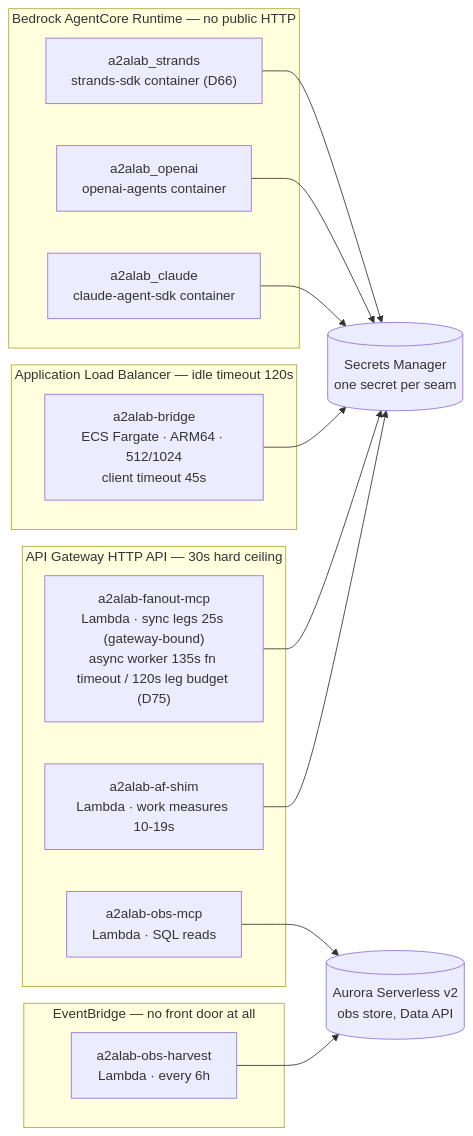
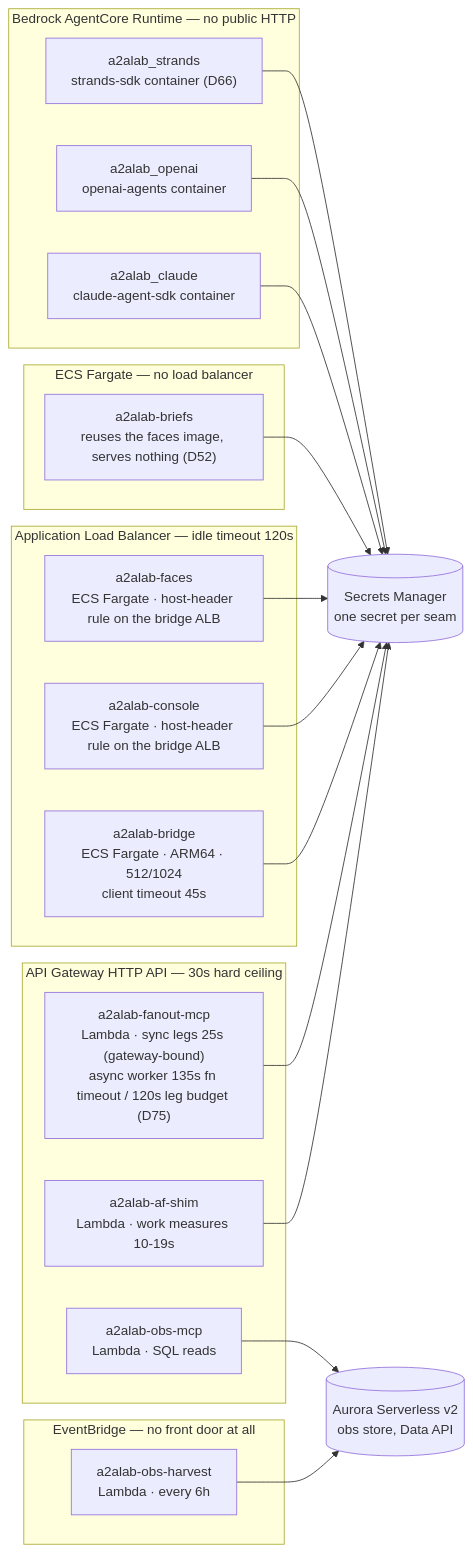
Before and after one commit to congmingwudi/a2a-lab: the third of 11 diagrams in plan/09-deployment-map.md, drawn with Mermaid. The commit also changed other lines of this file and 2 other files, not shown here.

````diff
--- a/plan/09-deployment-map.md
+++ b/plan/09-deployment-map.md
@@ -232,34 +232,43 @@
 ```mermaid
 flowchart LR
   subgraph GW["API Gateway HTTP API — 30s hard ceiling"]
     SHIM["a2alab-af-shim<br/>Lambda · work measures 10-19s"]
     FAN["a2alab-fanout-mcp<br/>Lambda · sync legs 25s (gateway-bound)<br/>async worker 135s fn timeout / 120s leg budget (D75)"]
     OMCP["a2alab-obs-mcp<br/>Lambda · SQL reads"]
   end
 
   subgraph ALB["Application Load Balancer — idle timeout 120s"]
     BR["a2alab-bridge<br/>ECS Fargate · ARM64 · 512/1024<br/>client timeout 45s"]
+    CON["a2alab-console<br/>ECS Fargate · host-header rule on the bridge ALB"]
+    FAC["a2alab-faces<br/>ECS Fargate · host-header rule on the bridge ALB"]
+  end
+
+  subgraph FG["ECS Fargate — no load balancer"]
+    BRF["a2alab-briefs<br/>reuses the faces image, serves nothing (D52)"]
   end
 
   subgraph AC["Bedrock AgentCore Runtime — no public HTTP"]
     ACC["a2alab_claude<br/>claude-agent-sdk container"]
     ACO["a2alab_openai<br/>openai-agents container"]
     ACS["a2alab_strands<br/>strands-sdk container (D66)"]
   end
 
   subgraph SCHED["EventBridge — no front door at all"]
     HARV["a2alab-obs-harvest<br/>Lambda · every 6h"]
   end
 
   STORE[("Aurora Serverless v2<br/>obs store, Data API")]
   SEC[("Secrets Manager<br/>one secret per seam")]
 
   SHIM --> SEC
   FAN --> SEC
   BR --> SEC
+  CON --> SEC
+  FAC --> SEC
+  BRF --> SEC
   ACC --> SEC
   ACO --> SEC
   ACS --> SEC
   HARV --> STORE
   OMCP --> STORE
 ```
````
